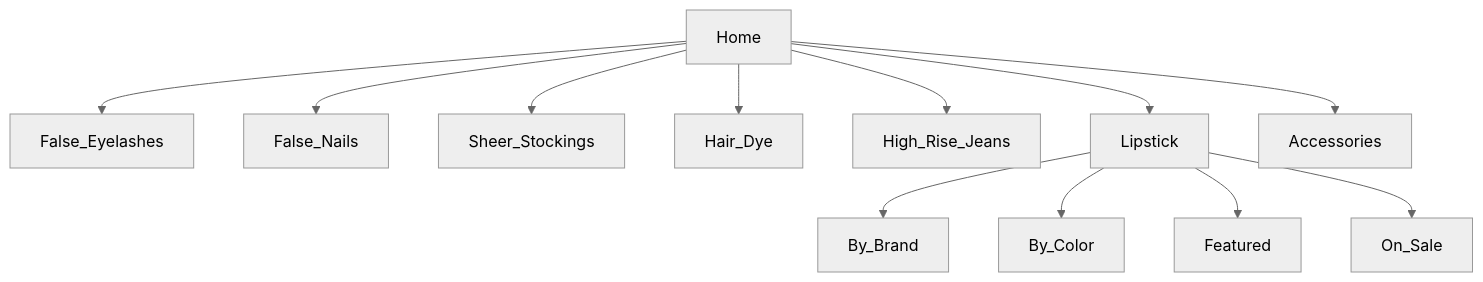
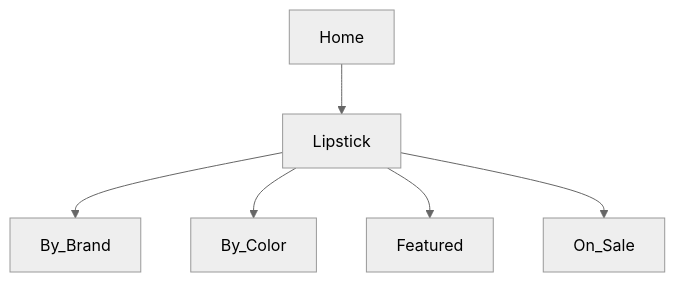
Before and after one commit to misterfitzy/false-eyelash-store: the diagram in specs/product-spec.md, drawn with Mermaid (neutral theme). The commit also changed other lines of this file, not shown here.

````diff
--- a/specs/product-spec.md
+++ b/specs/product-spec.md
@@ -29,14 +26,8 @@
 ```mermaid
 graph TD
-  Home --> False_Eyelashes
-  Home --> False_Nails
-  Home --> Sheer_Stockings
-  Home --> Hair_Dye
-  Home --> High_Rise_Jeans
   Home --> Lipstick
-  Home --> Accessories
   Lipstick --> By_Brand
   Lipstick --> By_Color
   Lipstick --> Featured
   Lipstick --> On_Sale
 ```
````
